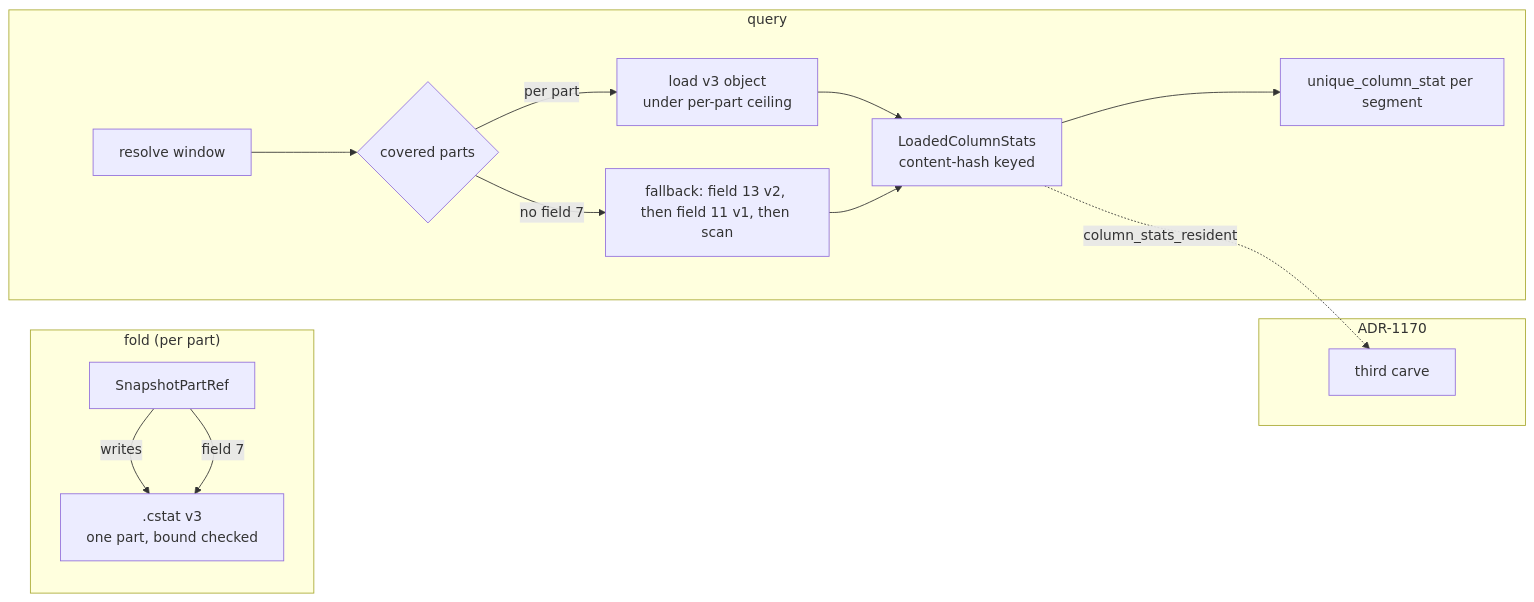
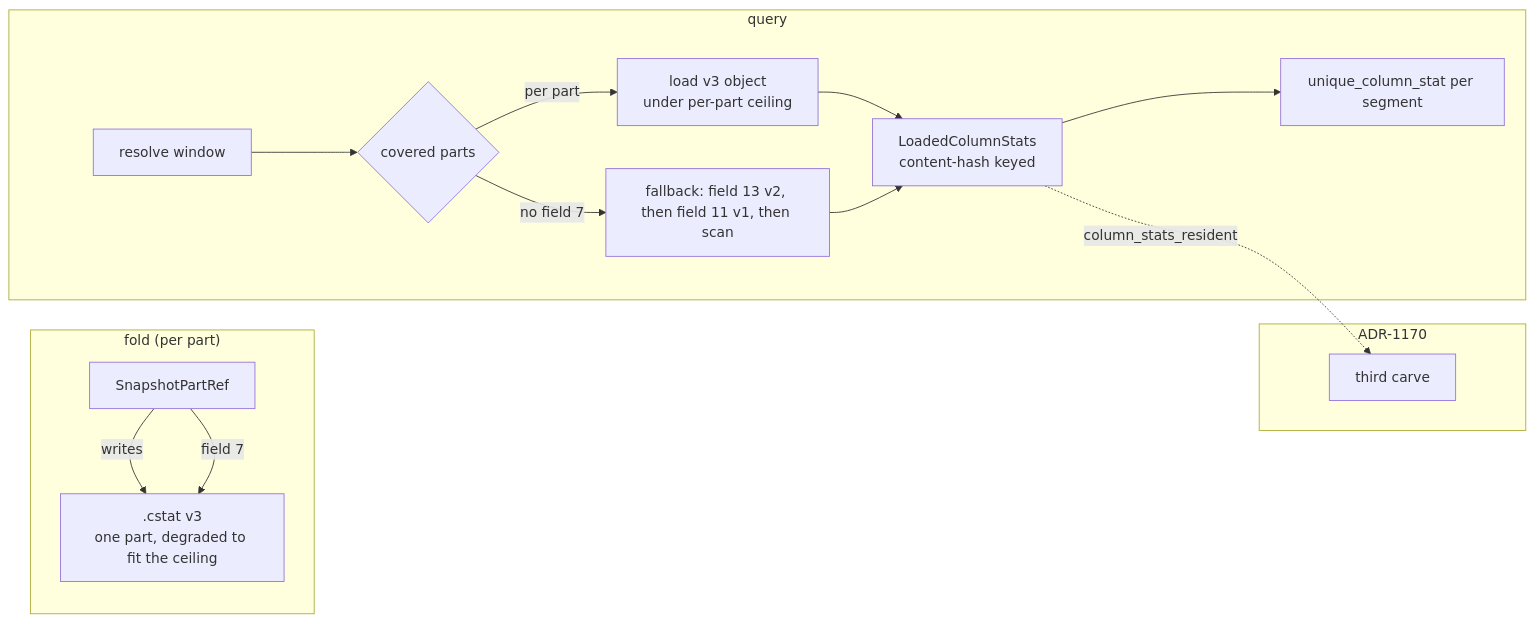
One commit to NOFireAI/ravel changed the diagram in docs/adrs/1413-split-cstat-per-part.md. Above: the diagram before and after it, drawn with Mermaid. The commit also changed other lines of this file and 1 other file, not shown here.

First line of the commit message:
docs(ravel-catalog): amend ADR-1413 to a fixed ceiling and degrade

````diff
--- a/docs/adrs/1413-split-cstat-per-part.md
+++ b/docs/adrs/1413-split-cstat-per-part.md
@@ -238,18 +269,18 @@
 ```mermaid
 flowchart LR
   subgraph fold["fold (per part)"]
-    P[SnapshotPartRef] -->|writes| S[".cstat v3<br/>one part, bound checked"]
+    P[SnapshotPartRef] -->|writes| S[".cstat v3<br/>one part, degraded to fit the ceiling"]
     P -->|field 7| S
   end
   subgraph query["query"]
     R[resolve window] --> C{covered parts}
     C -->|per part| L[load v3 object<br/>under per-part ceiling]
     C -->|no field 7| F["fallback: field 13 v2, then field 11 v1, then scan"]
     L --> M[LoadedColumnStats<br/>content-hash keyed]
     F --> M
     M --> U[unique_column_stat per segment]
   end
   subgraph budget["ADR-1170"]
     M -.->|column_stats_resident| B[third carve]
   end
 ```
````
